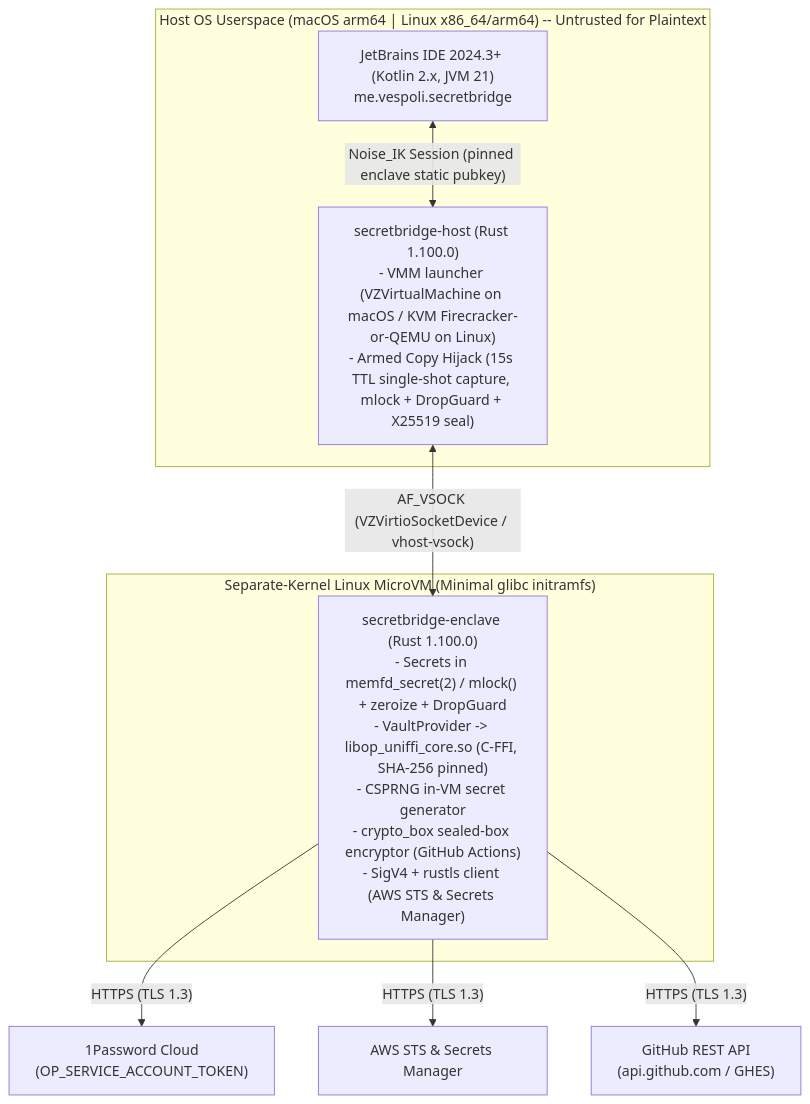
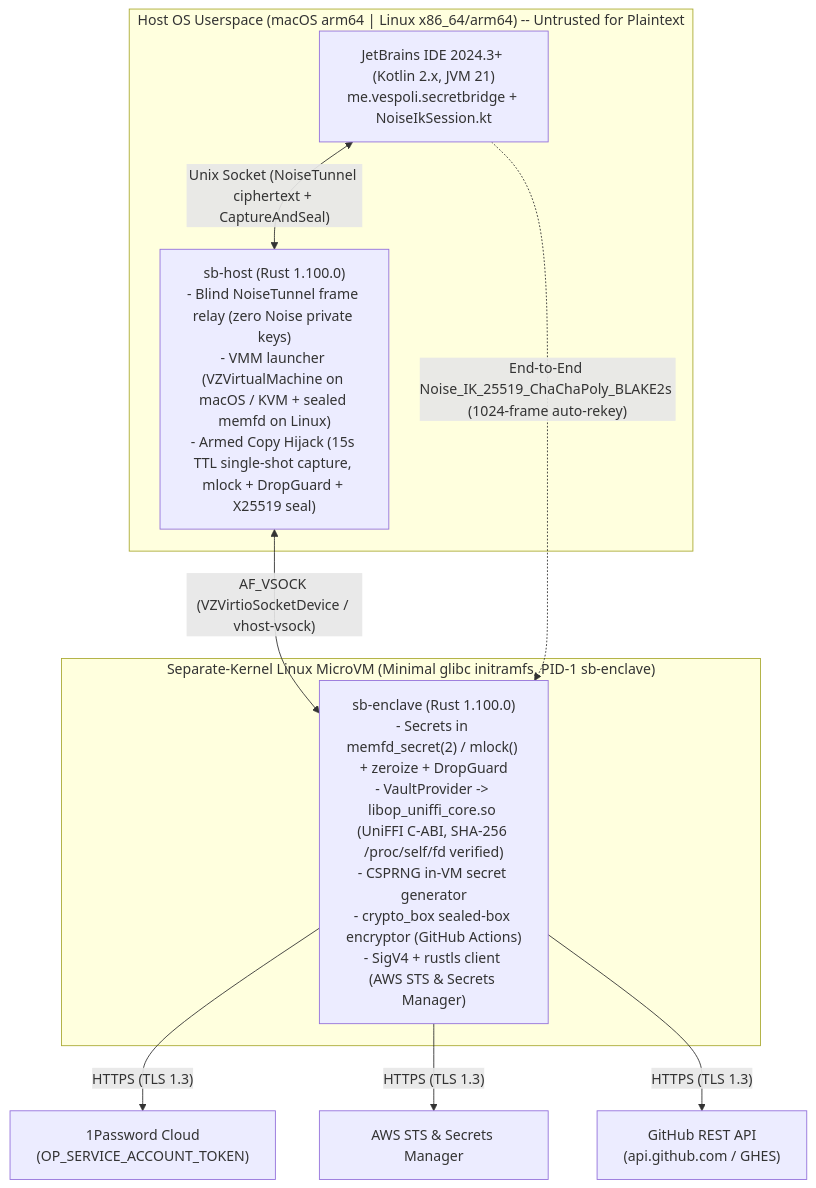
One commit to susanbeasles/secretbridge changed the diagram in docs/PROPOSAL.md. Above: the diagram before and after it, drawn with Mermaid. The commit also changed other lines of this file and 38 other files, not shown here.

Commit message:
fix(security): address PR #3 review feedback, E2E Noise_IK tunnel, and legacy cleanup

````diff
--- a/docs/PROPOSAL.md
+++ b/docs/PROPOSAL.md
@@ -38,18 +38,19 @@
 ```mermaid
 flowchart TB
   subgraph Host["Host OS Userspace (macOS arm64 | Linux x86_64/arm64) -- Untrusted for Plaintext"]
-    IDE["JetBrains IDE 2024.3+ (Kotlin 2.x, JVM 21)<br/>me.vespoli.secretbridge"]
-    Helper["secretbridge-host (Rust 1.100.0)<br/>- VMM launcher (VZVirtualMachine on macOS / KVM Firecracker-or-QEMU on Linux)<br/>- Armed Copy Hijack (15s TTL single-shot capture, mlock + DropGuard + X25519 seal)"]
-    IDE <-->|"Noise_IK Session (pinned enclave static pubkey)"| Helper
+    IDE["JetBrains IDE 2024.3+ (Kotlin 2.x, JVM 21)<br/>me.vespoli.secretbridge + NoiseIkSession.kt"]
+    Helper["sb-host (Rust 1.100.0)<br/>- Blind NoiseTunnel frame relay (zero Noise private keys)<br/>- VMM launcher (VZVirtualMachine on macOS / KVM + sealed memfd on Linux)<br/>- Armed Copy Hijack (15s TTL single-shot capture, mlock + DropGuard + X25519 seal)"]
+    IDE <-->|"Unix Socket (NoiseTunnel ciphertext + CaptureAndSeal)"| Helper
   end
 
   Helper <-->|"AF_VSOCK (VZVirtioSocketDevice / vhost-vsock)"| Enclave
+  IDE -.->|"End-to-End Noise_IK_25519_ChaChaPoly_BLAKE2s (1024-frame auto-rekey)"| Enclave
 
-  subgraph Guest["Separate-Kernel Linux MicroVM (Minimal glibc initramfs)"]
-    Enclave["secretbridge-enclave (Rust 1.100.0)<br/>- Secrets in memfd_secret(2) / mlock() + zeroize + DropGuard<br/>- VaultProvider -> libop_uniffi_core.so (C-FFI, SHA-256 pinned)<br/>- CSPRNG in-VM secret generator<br/>- crypto_box sealed-box encryptor (GitHub Actions)<br/>- SigV4 + rustls client (AWS STS & Secrets Manager)"]
+  subgraph Guest["Separate-Kernel Linux MicroVM (Minimal glibc initramfs, PID-1 sb-enclave)"]
+    Enclave["sb-enclave (Rust 1.100.0)<br/>- Secrets in memfd_secret(2) / mlock() + zeroize + DropGuard<br/>- VaultProvider -> libop_uniffi_core.so (UniFFI C-ABI, SHA-256 /proc/self/fd verified)<br/>- CSPRNG in-VM secret generator<br/>- crypto_box sealed-box encryptor (GitHub Actions)<br/>- SigV4 + rustls client (AWS STS & Secrets Manager)"]
   end
 
   Enclave -->|"HTTPS (TLS 1.3)"| OP["1Password Cloud<br/>(OP_SERVICE_ACCOUNT_TOKEN)"]
   Enclave -->|"HTTPS (TLS 1.3)"| AWS["AWS STS & Secrets Manager"]
   Enclave -->|"HTTPS (TLS 1.3)"| GH["GitHub REST API<br/>(api.github.com / GHES)"]
 ```
````
